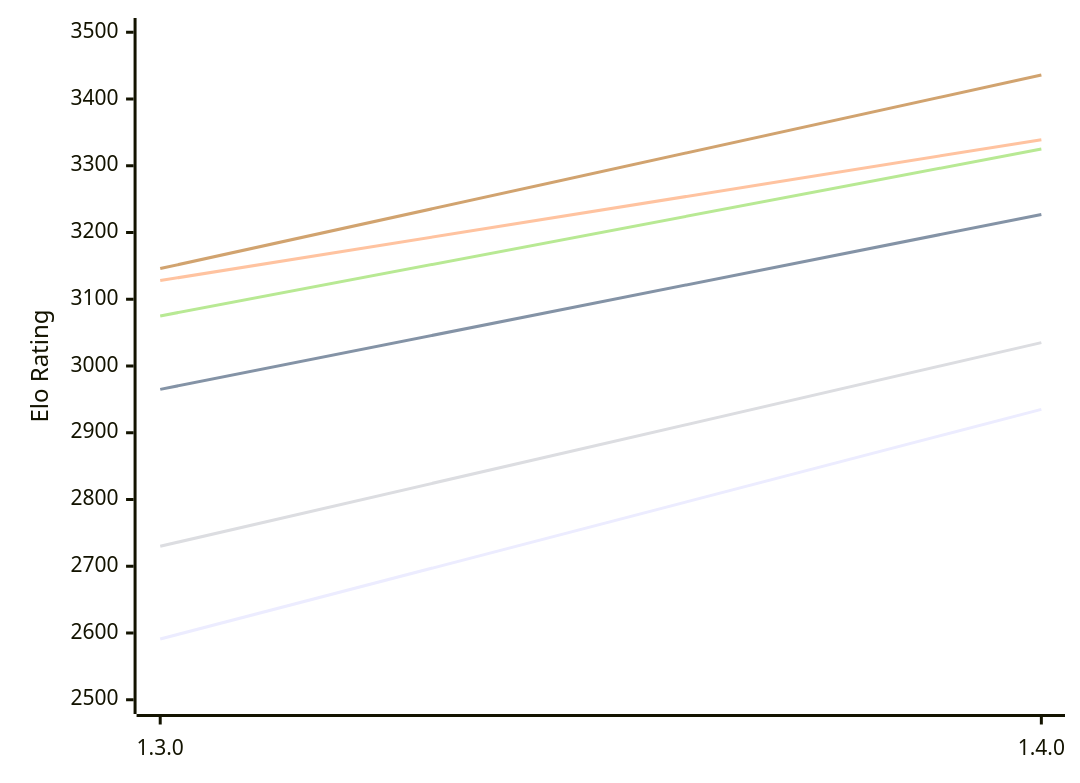
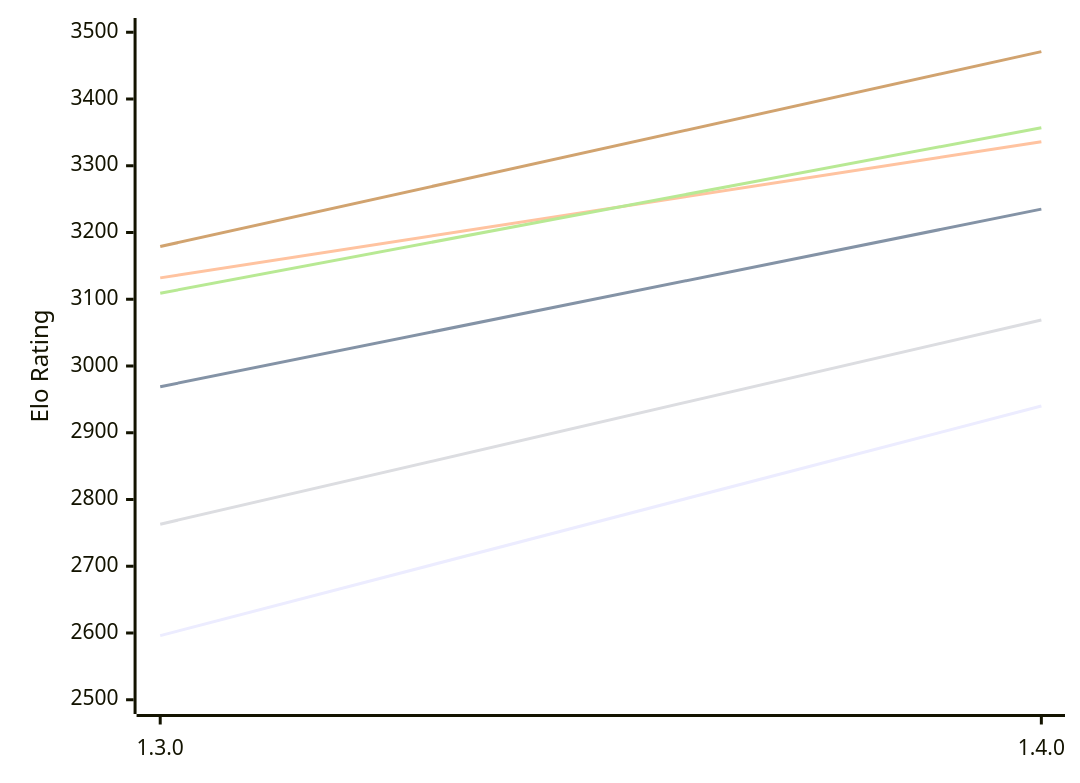
One commit to computer-chess-index/cci changed the first of 2 diagrams in engines/Ember.md. Above: the diagram before and after it, drawn with Mermaid. The commit also changed other lines of this file, not shown here.

Commit message:
Update CCI Ratings (ELO VLTC) - 2026-11-01

````diff
--- a/engines/Ember.md
+++ b/engines/Ember.md
@@ -51,12 +51,12 @@
 ```mermaid
 %%{init: {"theme":"base","themeVariables":{"seriesColors:['#a3a3a3','#222221','#faa371']}}}%%
 xychart-beta
   x-axis ["1.3.0", "1.4.0"]
   y-axis "Elo Rating" 2500 --> 3500
-  line "E1: STC (8.0+0.08s)" [2591, 2935]
-  line "E1: LTC (60.0+0.60s)" [2965, 3227]
-  line "E1: VLTC (2m24s+1.12s)" [3128, 3339]
-  line "P1: STC (8.0+0.08s)" [2730, 3035]
-  line "P1: LTC (60.0+0.60s)" [3075, 3325]
-  line "P1: VLTC (2m24s+1.12s)" [3146, 3436]
+  line "E1: STC (8.0+0.08s)" [2596, 2940]
+  line "E1: LTC (60.0+0.60s)" [2969, 3235]
+  line "E1: VLTC (2m24s+1.12s)" [3132, 3336]
+  line "P1: STC (8.0+0.08s)" [2763, 3069]
+  line "P1: LTC (60.0+0.60s)" [3109, 3357]
+  line "P1: VLTC (2m24s+1.12s)" [3179, 3471]
 ```
````
